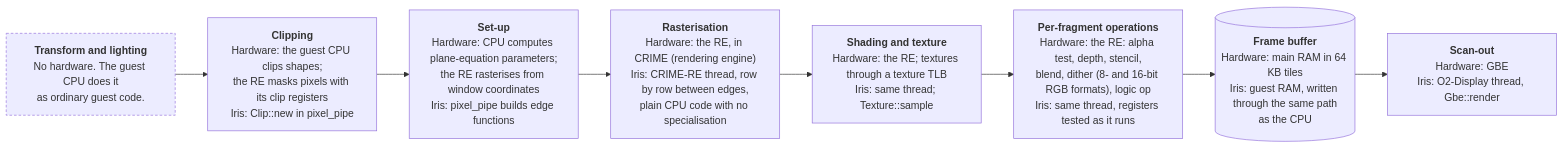
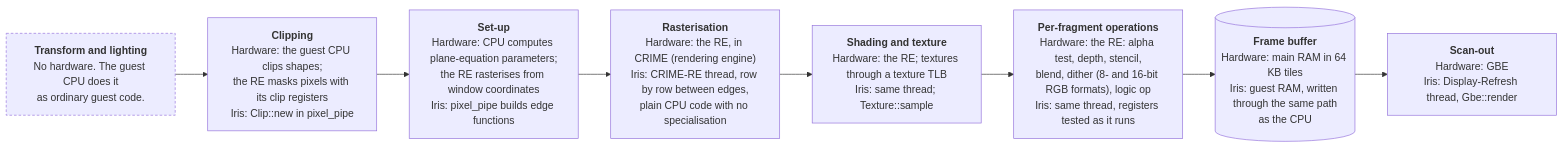
One commit to techomancer/iris changed the first of 3 diagrams in docs/graphics/o2.md. Above: the diagram before and after it, drawn with Mermaid. The commit also changed other lines of this file and 8 other files, not shown here.

First line of the commit message:
docs: the display refresh thread

````diff
--- a/docs/graphics/o2.md
+++ b/docs/graphics/o2.md
@@ -27,14 +27,14 @@
 ```mermaid
 flowchart LR
   A["<b>Transform and lighting</b><br/>No hardware. The guest CPU does it<br/>as ordinary guest code."]
   B["<b>Clipping</b><br/>Hardware: the guest CPU clips shapes;<br/>the RE masks pixels with its clip registers<br/>Iris: Clip::new in pixel_pipe"]
   C["<b>Set-up</b><br/>Hardware: CPU computes plane-equation parameters;<br/>the RE rasterises from window coordinates<br/>Iris: pixel_pipe builds edge functions"]
   D["<b>Rasterisation</b><br/>Hardware: the RE, in CRIME (rendering engine)<br/>Iris: CRIME-RE thread, row by row between edges,<br/>plain CPU code with no specialisation"]
   E["<b>Shading and texture</b><br/>Hardware: the RE; textures through a texture TLB<br/>Iris: same thread; Texture::sample"]
   G["<b>Per-fragment operations</b><br/>Hardware: the RE: alpha test, depth, stencil,<br/>blend, dither (8- and 16-bit RGB formats), logic op<br/>Iris: same thread, registers tested as it runs"]
   H[("<b>Frame buffer</b><br/>Hardware: main RAM in 64 KB tiles<br/>Iris: guest RAM, written through the same path<br/>as the CPU")]
-  I["<b>Scan-out</b><br/>Hardware: GBE<br/>Iris: O2-Display thread, Gbe::render"]
+  I["<b>Scan-out</b><br/>Hardware: GBE<br/>Iris: Display-Refresh thread, Gbe::render"]
   A --> B --> C --> D --> E --> G --> H --> I
   classDef absent stroke-dasharray: 4 3
   class A absent
 ```
````
